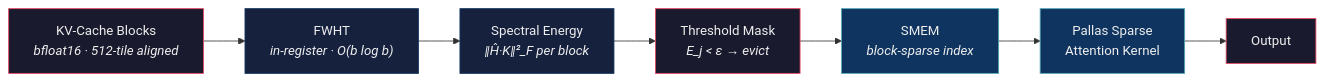
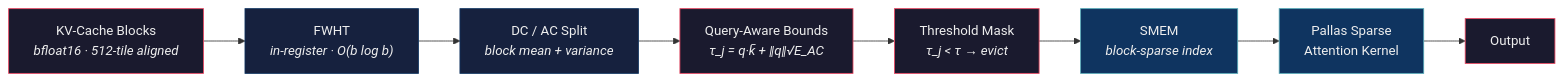
One commit to j-arndt/orthocache changed the diagram in README.md. Above: the diagram before and after it, drawn with Mermaid. The commit also changed 1 other file, not shown here.

Commit message:
docs: add query-aware DC/AC decomposition to mathematical_framework.md, fix README architecture diagram

````diff
--- a/README.md
+++ b/README.md
@@ -28,17 +28,19 @@
 ```mermaid
 flowchart LR
     A["KV-Cache Blocks<br/><i>bfloat16 · 512-tile aligned</i>"] --> B["FWHT<br/><i>in-register · O(b log b)</i>"]
-    B --> C["Spectral Energy<br/><i>‖Ĥ·K‖²_F per block</i>"]
-    C --> D["Threshold Mask<br/><i>E_j < ε → evict</i>"]
-    D --> E["SMEM<br/><i>block-sparse index</i>"]
-    E --> F["Pallas Sparse<br/>Attention Kernel"]
-    F --> G["Output"]
+    B --> C["DC / AC Split<br/><i>block mean + variance</i>"]
+    C --> D["Query-Aware Bounds<br/><i>τ_j = q·k̄ + ‖q‖√E_AC</i>"]
+    D --> E["Threshold Mask<br/><i>τ_j < τ → evict</i>"]
+    E --> F["SMEM<br/><i>block-sparse index</i>"]
+    F --> G["Pallas Sparse<br/>Attention Kernel"]
+    G --> H["Output"]
 
     style A fill:#1a1a2e,stroke:#e94560,color:#eee
     style B fill:#16213e,stroke:#0f3460,color:#eee
     style C fill:#16213e,stroke:#0f3460,color:#eee
     style D fill:#1a1a2e,stroke:#e94560,color:#eee
-    style E fill:#0f3460,stroke:#53a8b6,color:#eee
+    style E fill:#1a1a2e,stroke:#e94560,color:#eee
     style F fill:#0f3460,stroke:#53a8b6,color:#eee
-    style G fill:#1a1a2e,stroke:#e94560,color:#eee
+    style G fill:#0f3460,stroke:#53a8b6,color:#eee
+    style H fill:#1a1a2e,stroke:#e94560,color:#eee
 ```
````
